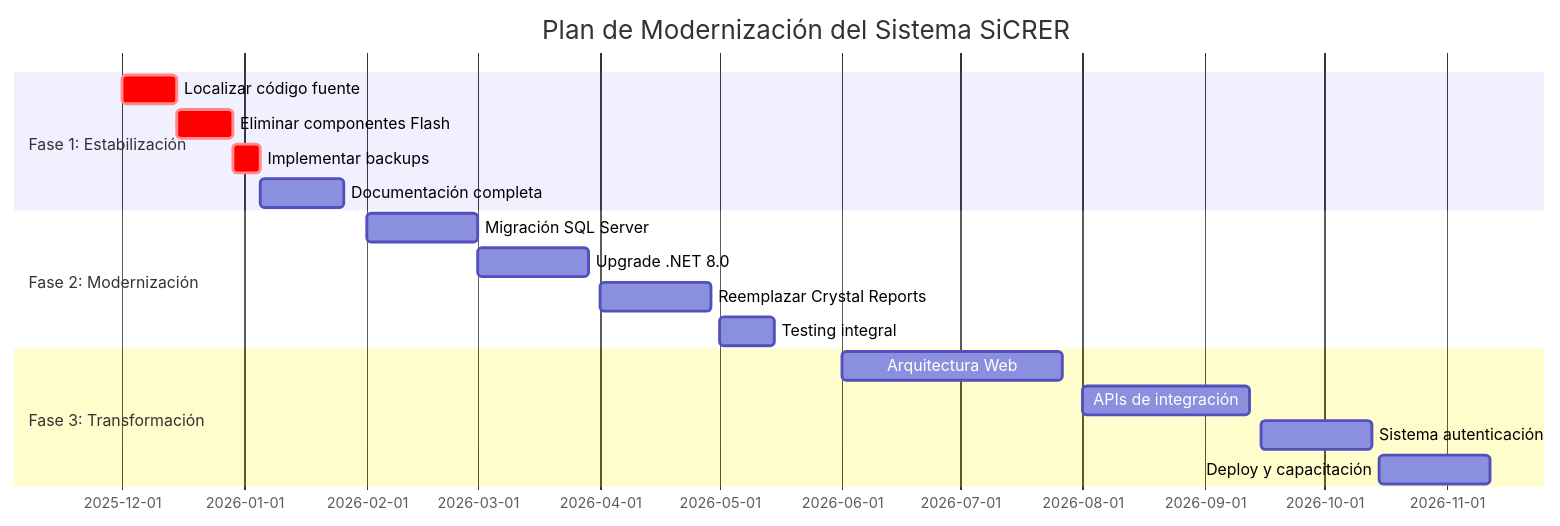
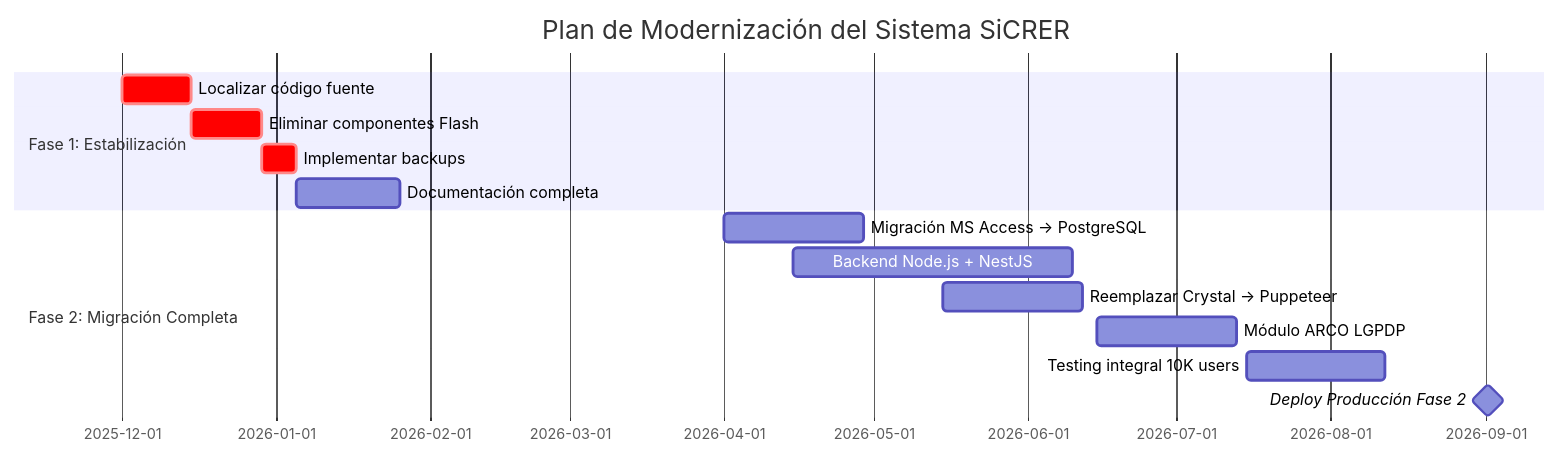
Before and after one commit to dleonsystem/sep_evaluacion_diagnostica: the eighth of 10 diagrams in ANALISIS_DETALLADO_PSP_RUP.md, drawn with Mermaid. The commit also changed other lines of this file and 2 other files, not shown here.

````diff
--- a/ANALISIS_DETALLADO_PSP_RUP.md
+++ b/ANALISIS_DETALLADO_PSP_RUP.md
@@ -1041,22 +1042,18 @@
 ```mermaid
 gantt
     title Plan de Modernización del Sistema SiCRER
     dateFormat YYYY-MM-DD
     section Fase 1: Estabilización
     Localizar código fuente       :crit, f1a, 2025-12-01, 2w
     Eliminar componentes Flash    :crit, f1b, 2025-12-15, 2w
     Implementar backups          :crit, f1c, 2025-12-29, 1w
     Documentación completa       :f1d, 2026-01-05, 3w
     
-    section Fase 2: Modernización
-    Migración SQL Server         :f2a, 2026-02-01, 4w
-    Upgrade .NET 8.0            :f2b, 2026-03-01, 4w
-    Reemplazar Crystal Reports   :f2c, 2026-04-01, 4w
-    Testing integral            :f2d, 2026-05-01, 2w
-    
-    section Fase 3: Transformación
-    Arquitectura Web            :f3a, 2026-06-01, 8w
-    APIs de integración         :f3b, 2026-08-01, 6w
-    Sistema autenticación       :f3c, 2026-09-15, 4w
-    Deploy y capacitación       :f3d, 2026-10-15, 4w
+    section Fase 2: Migración Completa
+    Migración MS Access → PostgreSQL :f2a, 2026-04-01, 4w
+    Backend Node.js + NestJS        :f2b, 2026-04-15, 8w
+    Reemplazar Crystal → Puppeteer  :f2c, 2026-05-15, 4w
+    Módulo ARCO LGPDP              :f2d, 2026-06-15, 4w
+    Testing integral 10K users     :f2e, 2026-07-15, 4w
+    Deploy Producción Fase 2       :milestone, f2f, 2026-09-01, 1d
 ```
````
